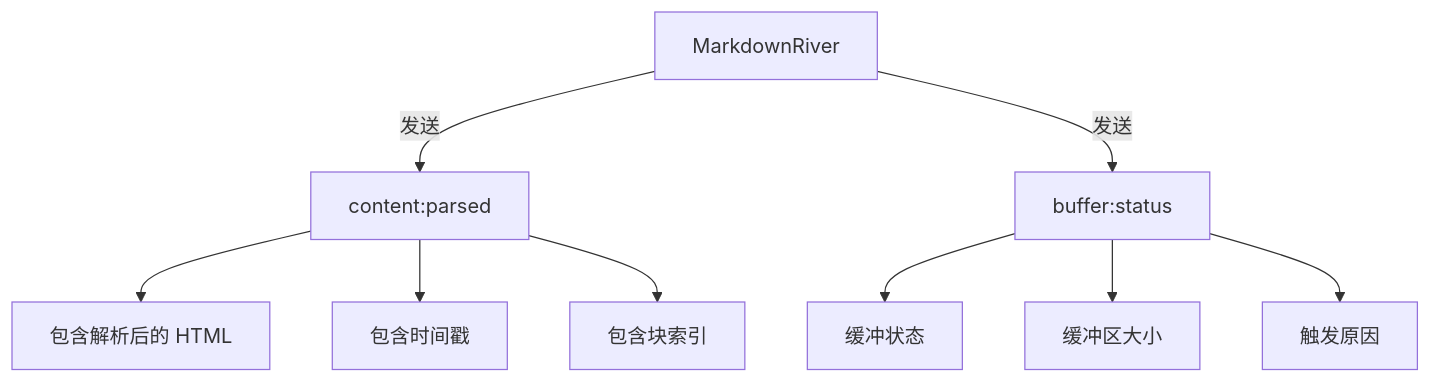
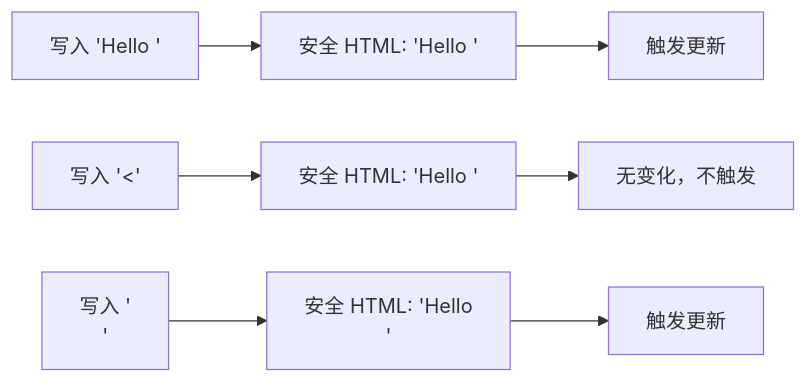
Before and after one commit to yarnovo/markdown-river: the third of 3 diagrams in ARCHITECTURE.md, drawn with Mermaid. The commit also changed other lines of this file and 26 other files, not shown here.

Commit message:
feat: 更新 ARCHITECTURE.md 文档，调整设计理念和核心目标，强调 Markdown River 在安全 HTML 流式渲染中的优势。同时，新增部署指南文档，详细说明 CI/CD 流程和手动发布步骤，提升项目的可维护性和用户体验。重构 demo 页面，采用 Vite 和 Tailwind CSS 优化样式和性能，确保流畅的演示效果。

````diff
--- a/ARCHITECTURE.md
+++ b/ARCHITECTURE.md
@@ -372,13 +308,11 @@
 ```mermaid
-graph TB
-    A[MarkdownRiver] -->|发送| B[content:parsed]
-    A -->|发送| C[buffer:status]
+graph LR
+    A[写入 'Hello '] --> B[安全 HTML: 'Hello ']
+    B --> C[触发更新]
 
-    B --> D[包含解析后的 HTML]
-    B --> E[包含时间戳]
-    B --> F[包含块索引]
+    D[写入 '<'] --> E[安全 HTML: 'Hello ']
+    E --> F[无变化，不触发]
 
-    C --> G[缓冲状态]
-    C --> H[缓冲区大小]
-    C --> I[触发原因]
+    G[写入 '<div>'] --> H[安全 HTML: 'Hello <div>']
+    H --> I[触发更新]
 ```
````
